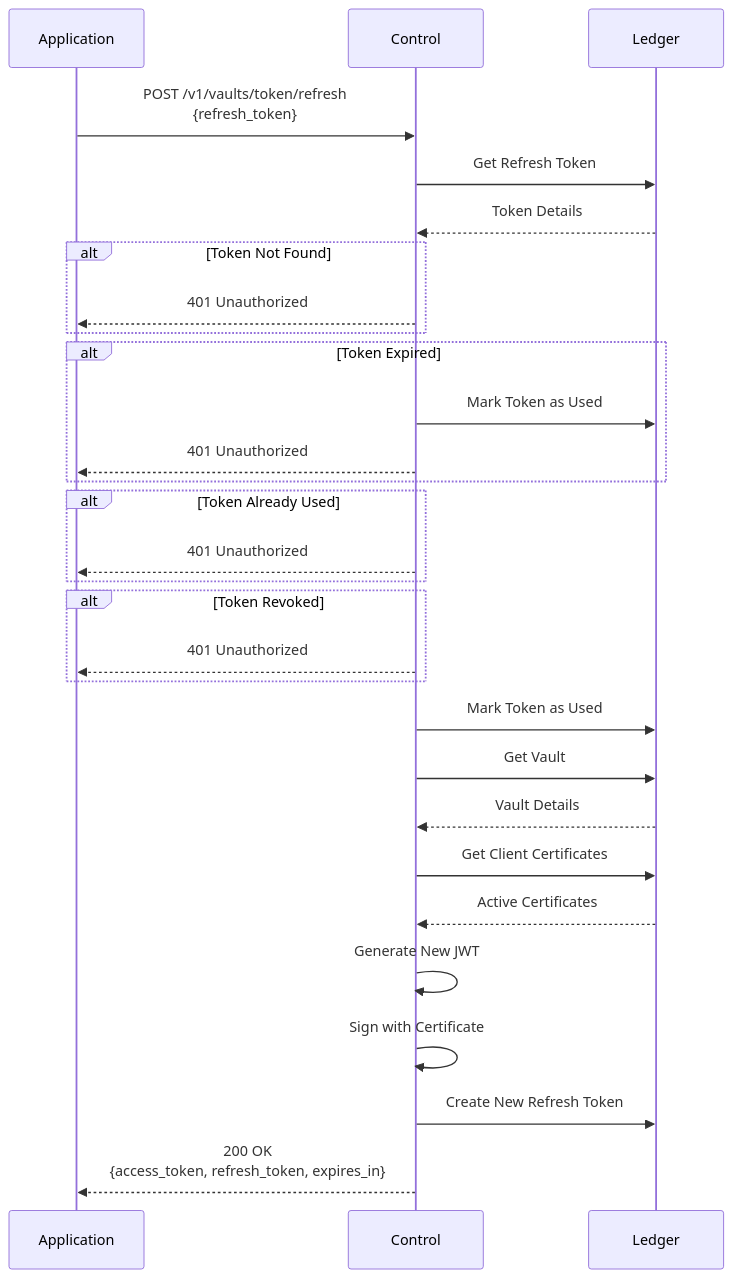
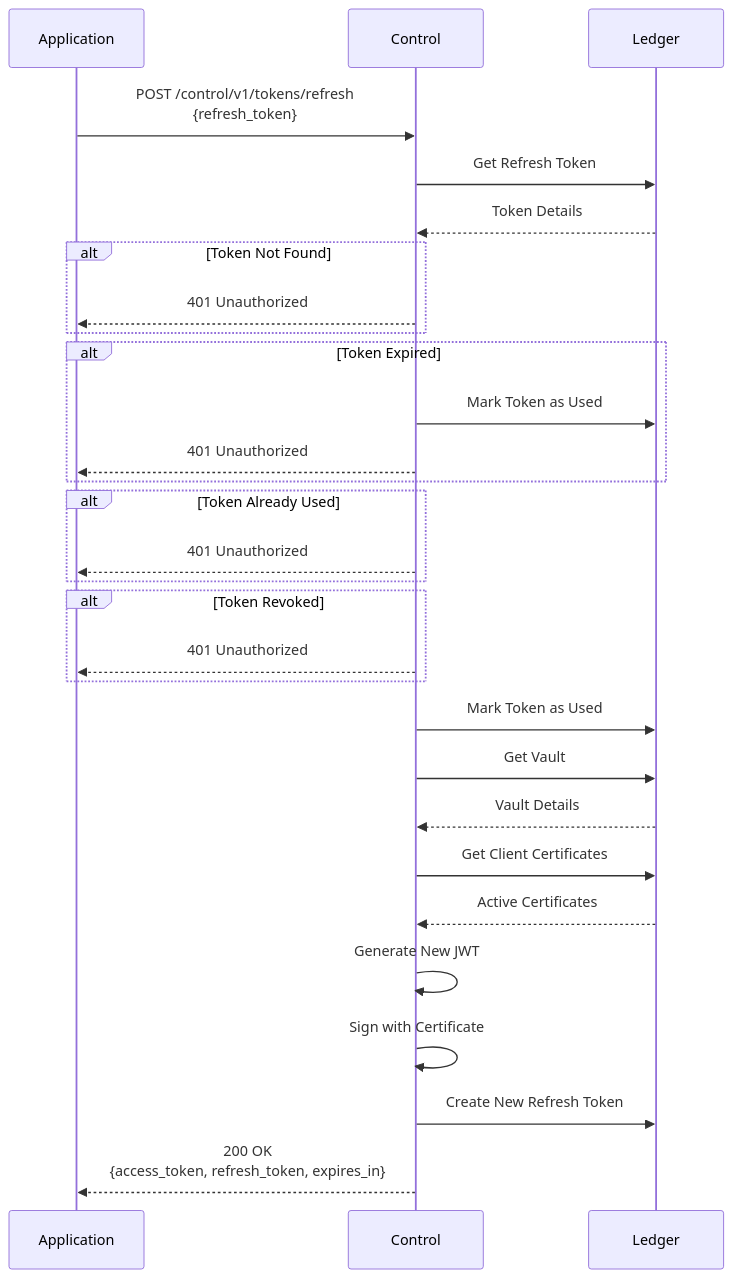
The seventh of 14 diagrams in docs/flows.md (inferadb/control), drawn with Mermaid before and after one commit. The commit also changed other lines of this file and 49 other files, not shown here.

````diff
--- a/docs/flows.md
+++ b/docs/flows.md
@@ -267,42 +267,42 @@
 ```mermaid
 sequenceDiagram
     participant App as Application
     participant API as Control
     participant DB as Ledger
 
-    App->>API: POST /v1/vaults/token/refresh<br/>{refresh_token}
+    App->>API: POST /control/v1/tokens/refresh<br/>{refresh_token}
 
     API->>DB: Get Refresh Token
     DB-->>API: Token Details
 
     alt Token Not Found
         API-->>App: 401 Unauthorized
     end
 
     alt Token Expired
         API->>DB: Mark Token as Used
         API-->>App: 401 Unauthorized
     end
 
     alt Token Already Used
         API-->>App: 401 Unauthorized
     end
 
     alt Token Revoked
         API-->>App: 401 Unauthorized
     end
 
     API->>DB: Mark Token as Used
     API->>DB: Get Vault
     DB-->>API: Vault Details
 
     API->>DB: Get Client Certificates
     DB-->>API: Active Certificates
 
     API->>API: Generate New JWT
     API->>API: Sign with Certificate
 
     API->>DB: Create New Refresh Token
 
     API-->>App: 200 OK<br/>{access_token, refresh_token, expires_in}
 ```
````
